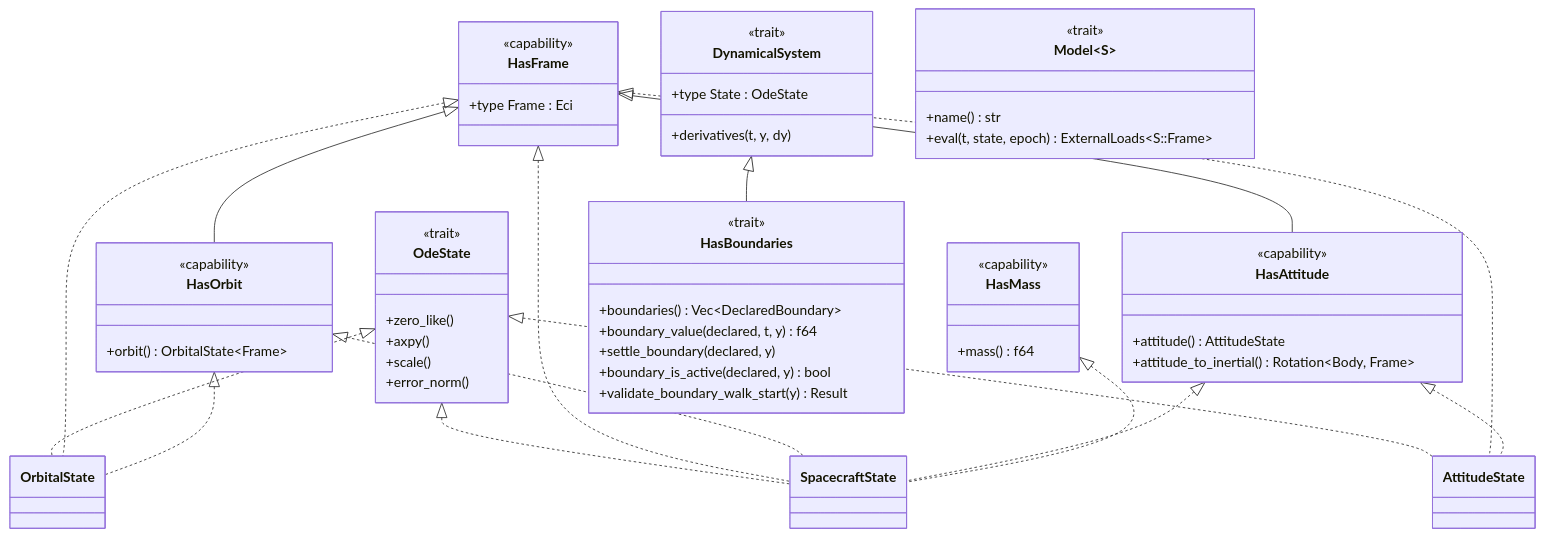
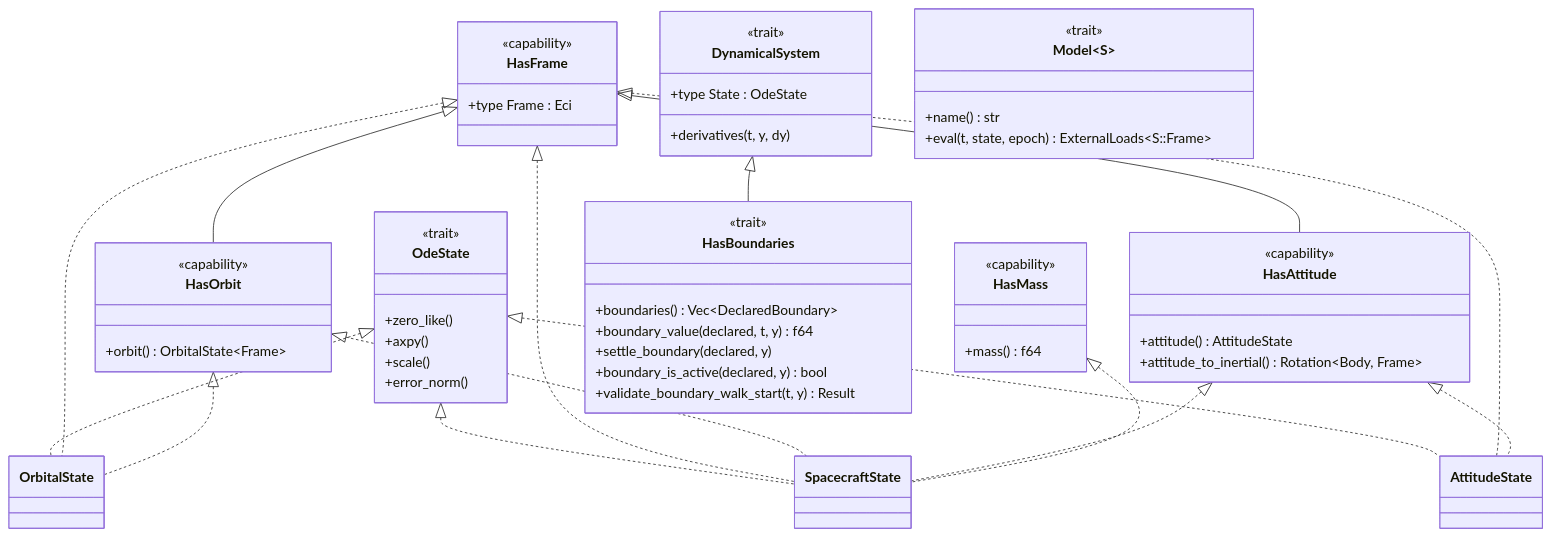
The second of 3 diagrams in ARCHITECTURE.ja.md (sksat/orts), drawn with Mermaid before and after one commit. The commit also changed 8 other files, not shown here.

````diff
--- a/ARCHITECTURE.ja.md
+++ b/ARCHITECTURE.ja.md
@@ -58,66 +58,66 @@
 ```mermaid
 classDiagram
   class OdeState {
     <<trait>>
     +zero_like()
     +axpy()
     +scale()
     +error_norm()
   }
   class DynamicalSystem {
     <<trait>>
     +type State : OdeState
     +derivatives(t, y, dy)
   }
 
   class HasFrame {
     <<capability>>
     +type Frame : Eci
   }
   class HasOrbit {
     <<capability>>
     +orbit() OrbitalState~Frame~
   }
   class HasAttitude {
     <<capability>>
     +attitude() AttitudeState
     +attitude_to_inertial() Rotation~Body, Frame~
   }
   class HasMass {
     <<capability>>
     +mass() f64
   }
 
   class Model~S~ {
     <<trait>>
     +name() str
     +eval(t, state, epoch) ExternalLoads~S::Frame~
   }
 
   class HasBoundaries {
     <<trait>>
     +boundaries() Vec~DeclaredBoundary~
     +boundary_value(declared, t, y) f64
     +settle_boundary(declared, y)
     +boundary_is_active(declared, y) bool
-    +validate_boundary_walk_start(y) Result
+    +validate_boundary_walk_start(t, y) Result
   }
 
   OdeState <|.. OrbitalState
   OdeState <|.. AttitudeState
   OdeState <|.. SpacecraftState
 
   DynamicalSystem <|-- HasBoundaries
 
   HasFrame <|-- HasOrbit
   HasFrame <|-- HasAttitude
 
   HasFrame <|.. OrbitalState
   HasFrame <|.. AttitudeState
   HasFrame <|.. SpacecraftState
   HasOrbit <|.. OrbitalState
   HasOrbit <|.. SpacecraftState
   HasAttitude <|.. AttitudeState
   HasAttitude <|.. SpacecraftState
   HasMass <|.. SpacecraftState
 ```
````
